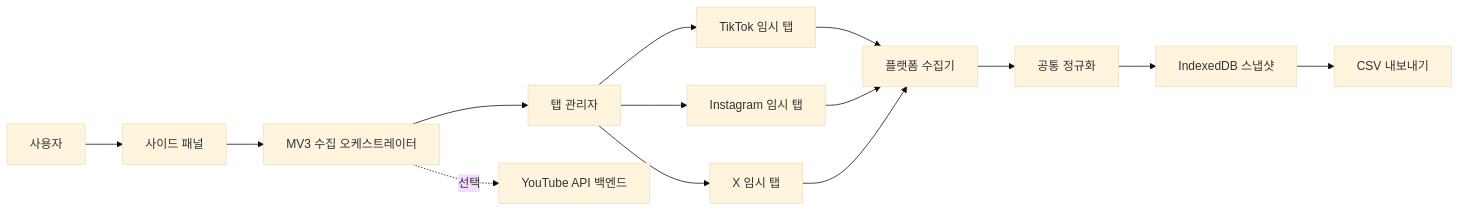
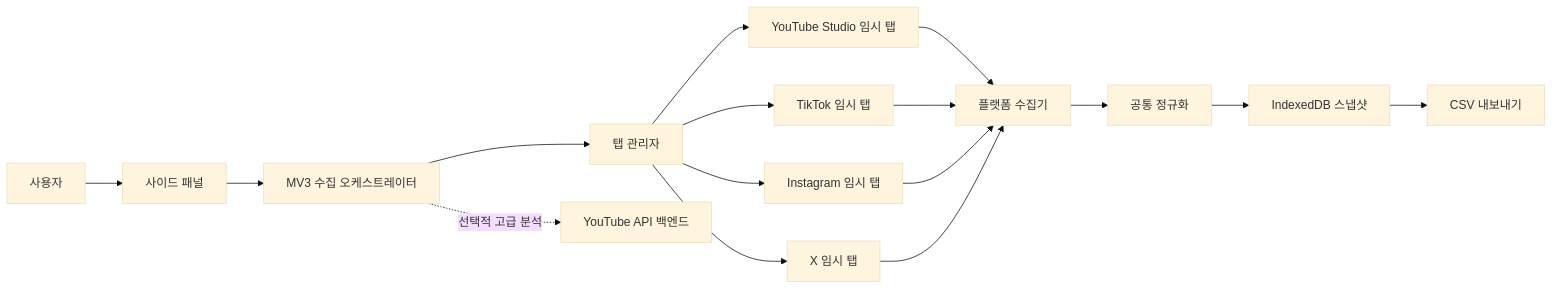
One commit to Enceladus-X/creator-data-bridge changed the diagram in docs/EXTENSION_COLLECTION_SPEC.md. Above: the diagram before and after it, drawn with Mermaid (base theme). The commit also changed other lines of this file and 18 other files, not shown here.

Commit message:
feat: add YouTube Studio collection

````diff
--- a/docs/EXTENSION_COLLECTION_SPEC.md
+++ b/docs/EXTENSION_COLLECTION_SPEC.md
@@ -95,16 +95,18 @@
 ```mermaid
 flowchart LR
     U["사용자"] --> SP["사이드 패널"]
     SP --> SW["MV3 수집 오케스트레이터"]
     SW --> TM["탭 관리자"]
+    TM --> YT["YouTube Studio 임시 탭"]
     TM --> TT["TikTok 임시 탭"]
     TM --> IG["Instagram 임시 탭"]
     TM --> X["X 임시 탭"]
+    YT --> C["플랫폼 수집기"]
     TT --> C["플랫폼 수집기"]
     IG --> C
     X --> C
     C --> N["공통 정규화"]
     N --> IDB["IndexedDB 스냅샷"]
     IDB --> EX["CSV 내보내기"]
-    SW -. 선택 .-> API["YouTube API 백엔드"]
+    SW -. 선택적 고급 분석 .-> API["YouTube API 백엔드"]
 ```
````
